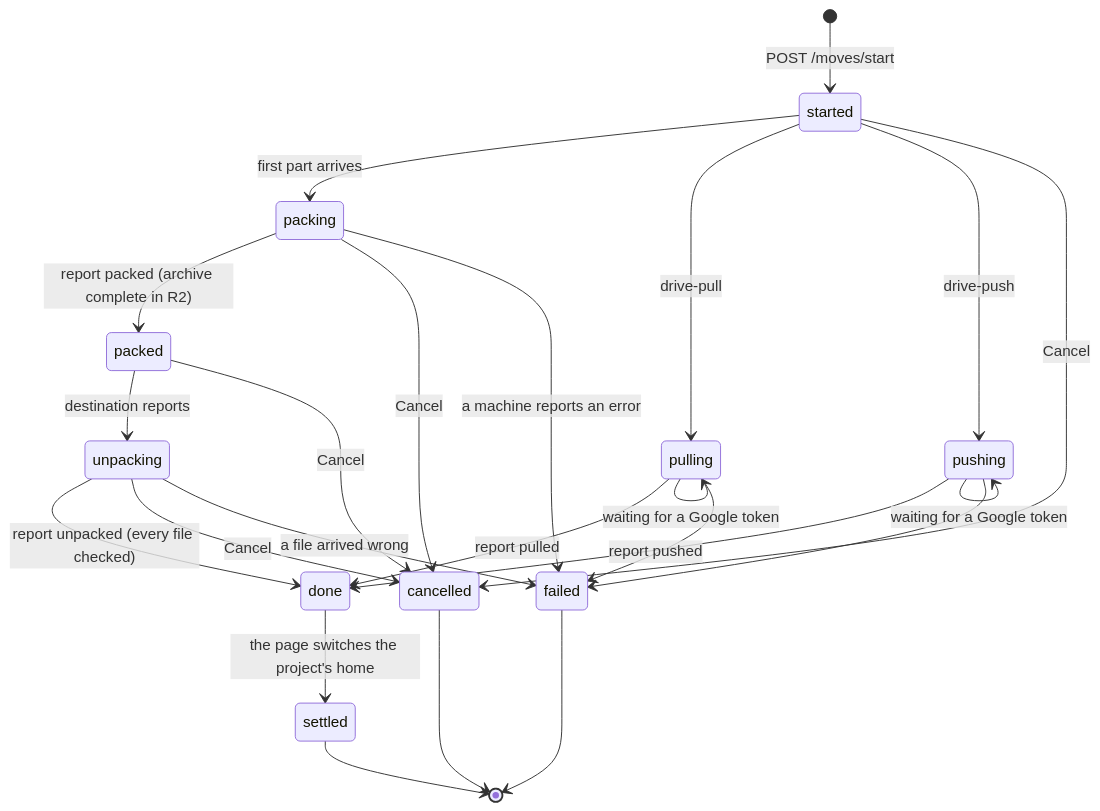
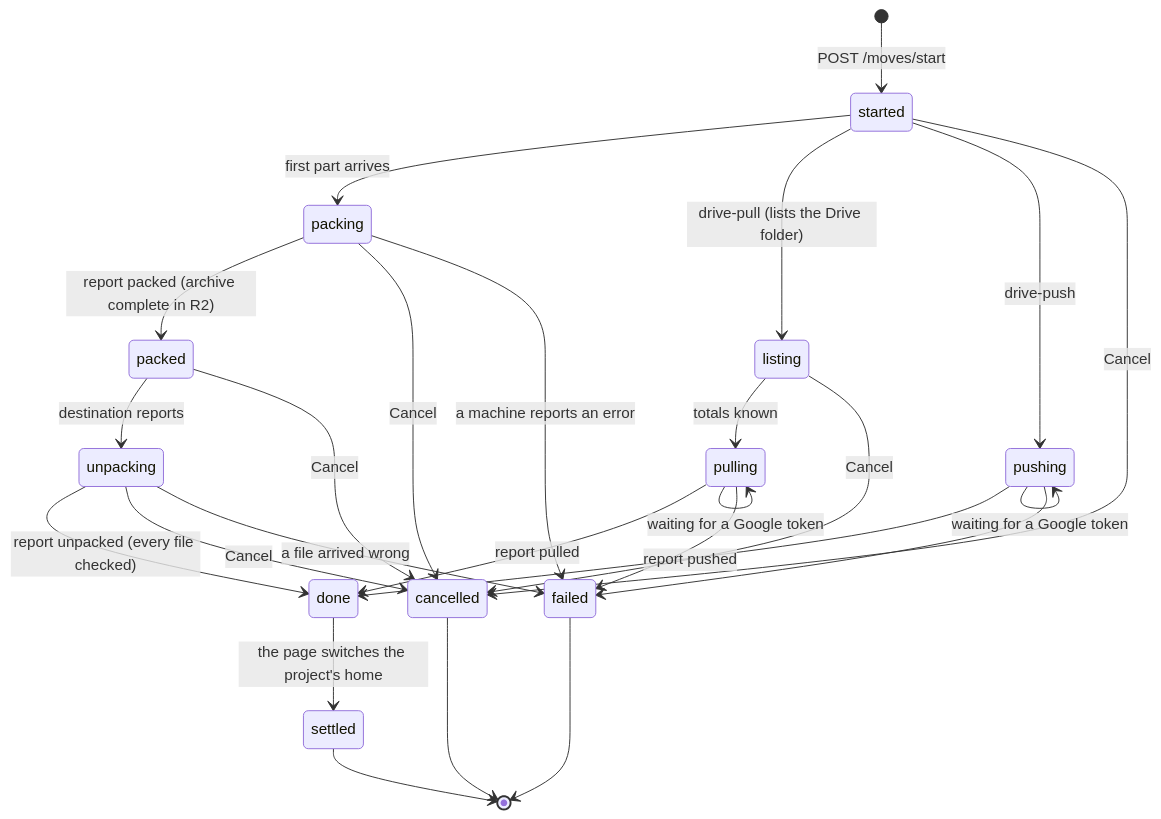
The fifth of 7 diagrams in docs/storage-moves.md (saurav717/reader), drawn with Mermaid before and after one commit. The commit also changed other lines of this file and 11 other files, not shown here.

````diff
--- a/docs/storage-moves.md
+++ b/docs/storage-moves.md
@@ -216,26 +240,28 @@
 ```mermaid
 stateDiagram-v2
   [*] --> started: POST /moves/start
   started --> packing: first part arrives
   packing --> packed: report packed (archive complete in R2)
   packed --> unpacking: destination reports
   unpacking --> done: report unpacked (every file checked)
-  started --> pulling: drive-pull
+  started --> listing: drive-pull (lists the Drive folder)
+  listing --> pulling: totals known
   pulling --> done: report pulled
   started --> pushing: drive-push
   pushing --> done: report pushed
   pulling --> pulling: waiting for a Google token
   pushing --> pushing: waiting for a Google token
   started --> cancelled: Cancel
+  listing --> cancelled: Cancel
   packing --> cancelled: Cancel
   packed --> cancelled: Cancel
   unpacking --> cancelled: Cancel
   packing --> failed: a machine reports an error
   unpacking --> failed: a file arrived wrong
   pulling --> failed
   pushing --> failed
   done --> settled: the page switches the project's home
   settled --> [*]
   cancelled --> [*]
   failed --> [*]
 ```
````
